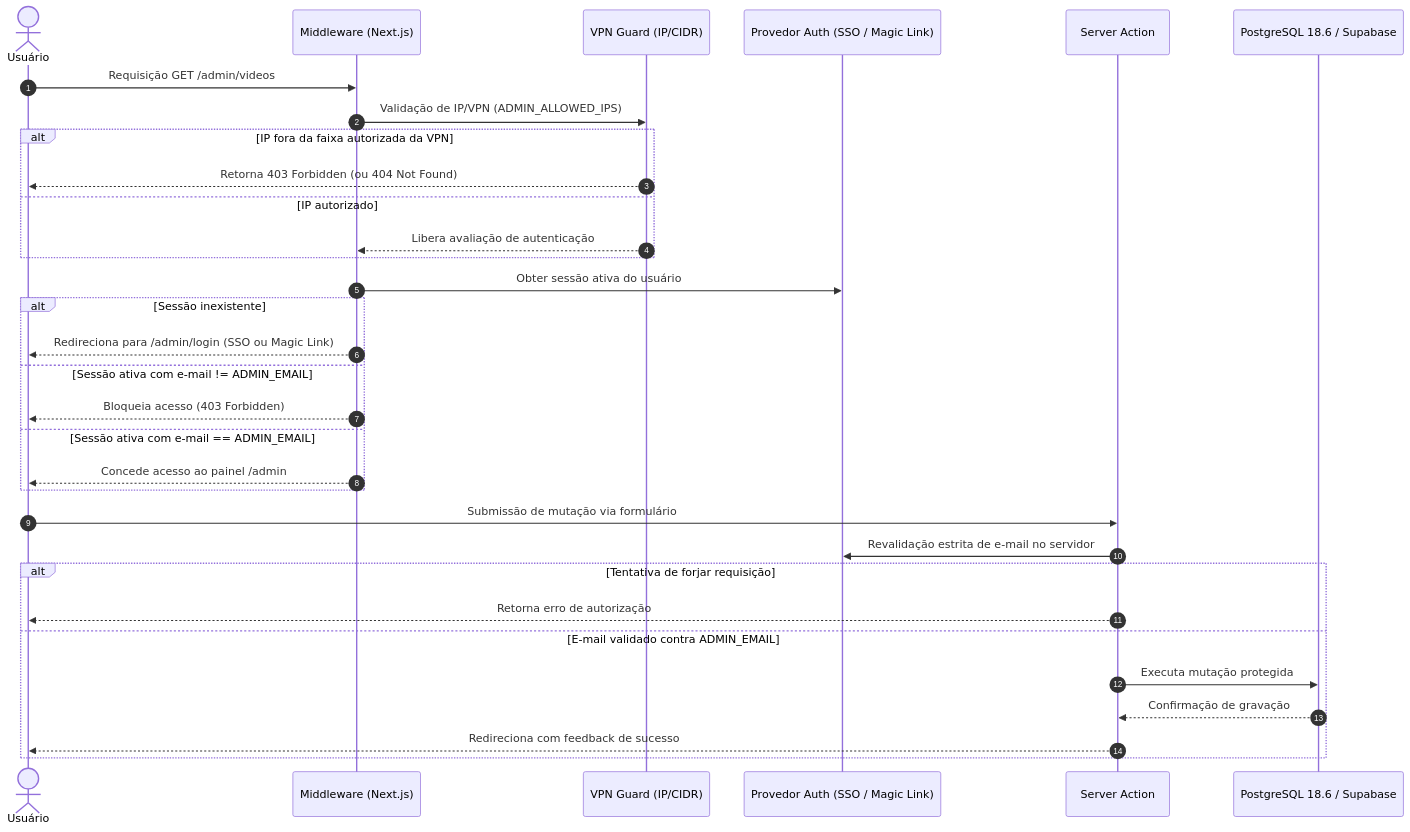
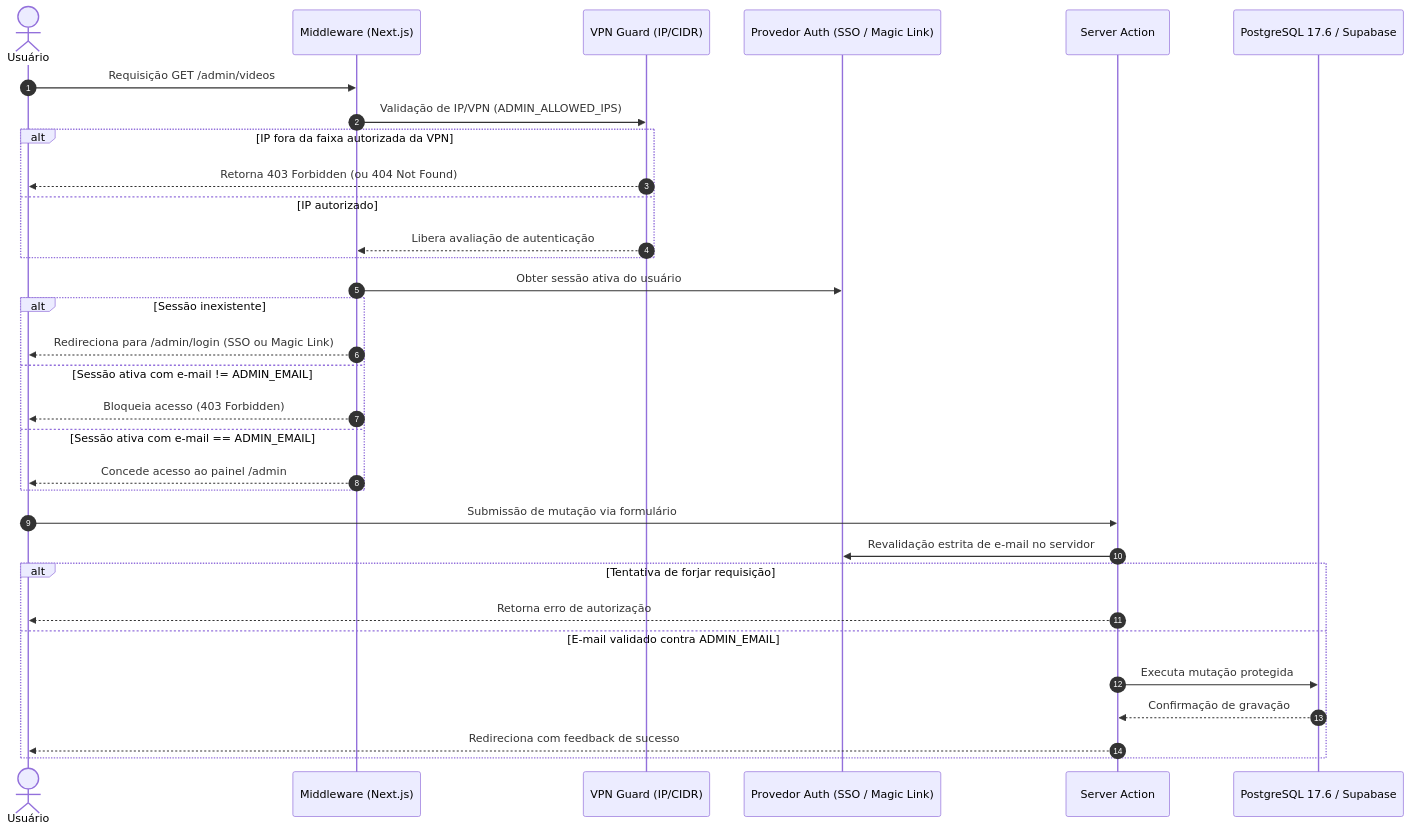
Before and after one commit to TheCheepeer/Promocuts: the second of 2 diagrams in docs/ARCHITECTURE.md, drawn with Mermaid. The commit also changed other lines of this file and 12 other files, not shown here.

````diff
--- a/docs/ARCHITECTURE.md
+++ b/docs/ARCHITECTURE.md
@@ -103,37 +103,37 @@
 ```mermaid
 sequenceDiagram
     autonumber
     actor A as Usuário
     participant M as Middleware (Next.js)
     participant V as VPN Guard (IP/CIDR)
     participant Auth as Provedor Auth (SSO / Magic Link)
     participant SA as Server Action
-    participant DB as PostgreSQL 18.6 / Supabase
+    participant DB as PostgreSQL 17.6 / Supabase
 
     A->>M: Requisição GET /admin/videos
     M->>V: Validação de IP/VPN (ADMIN_ALLOWED_IPS)
     alt IP fora da faixa autorizada da VPN
         V-->>A: Retorna 403 Forbidden (ou 404 Not Found)
     else IP autorizado
         V-->>M: Libera avaliação de autenticação
     end
 
     M->>Auth: Obter sessão ativa do usuário
     alt Sessão inexistente
         M-->>A: Redireciona para /admin/login (SSO ou Magic Link)
     else Sessão ativa com e-mail != ADMIN_EMAIL
         M-->>A: Bloqueia acesso (403 Forbidden)
     else Sessão ativa com e-mail == ADMIN_EMAIL
         M-->>A: Concede acesso ao painel /admin
     end
 
     A->>SA: Submissão de mutação via formulário
     SA->>Auth: Revalidação estrita de e-mail no servidor
     alt Tentativa de forjar requisição
         SA-->>A: Retorna erro de autorização
     else E-mail validado contra ADMIN_EMAIL
         SA->>DB: Executa mutação protegida
         DB-->>SA: Confirmação de gravação
         SA-->>A: Redireciona com feedback de sucesso
     end
 ```
````
